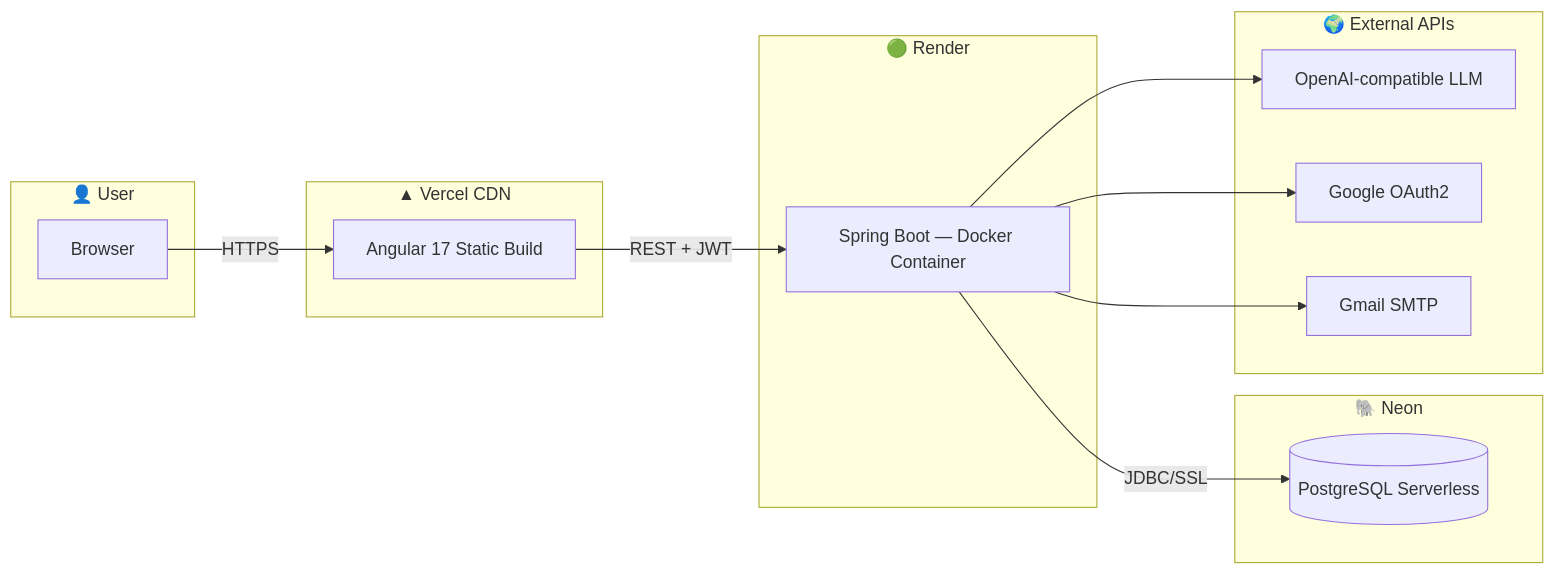
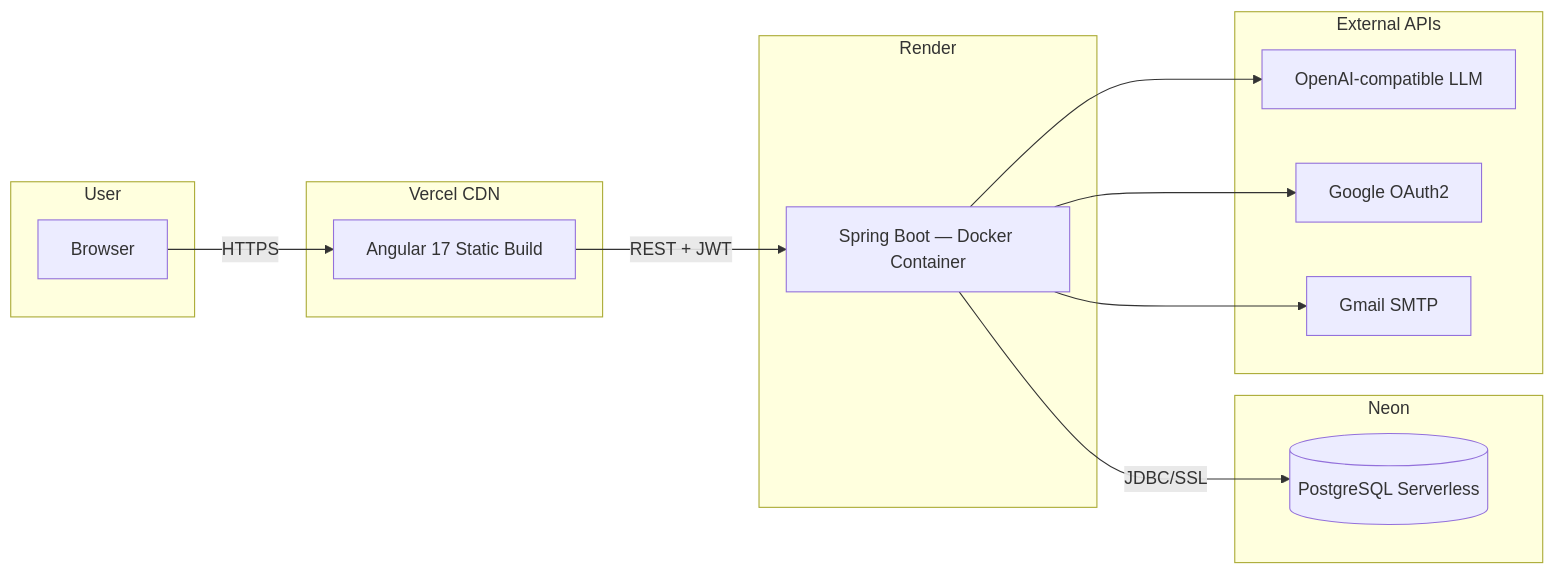
Before and after one commit to Raman-8688/secure-ai-assistant: the fifth of 5 diagrams in README.md, drawn with Mermaid. The commit also changed other lines of this file, not shown here.

````diff
--- a/README.md
+++ b/README.md
@@ -577,31 +577,31 @@
 ```mermaid
 graph LR
-    subgraph User ["👤 User"]
+    subgraph User ["User"]
         B[Browser]
     end
 
-    subgraph Vercel ["▲ Vercel CDN"]
+    subgraph Vercel ["Vercel CDN"]
         FE[Angular 17 Static Build]
     end
 
-    subgraph Render ["🟢 Render"]
+    subgraph Render ["Render"]
         BE[Spring Boot — Docker Container]
     end
 
-    subgraph Neon ["🐘 Neon"]
+    subgraph Neon ["Neon"]
         DB[(PostgreSQL Serverless)]
     end
 
-    subgraph External ["🌍 External APIs"]
+    subgraph External ["External APIs"]
         AI[OpenAI-compatible LLM]
         G[Google OAuth2]
         SMTP[Gmail SMTP]
     end
 
     B -- HTTPS --> FE
     FE -- REST + JWT --> BE
     BE -- JDBC/SSL --> DB
     BE --> AI
     BE --> G
     BE --> SMTP
 ```
````
